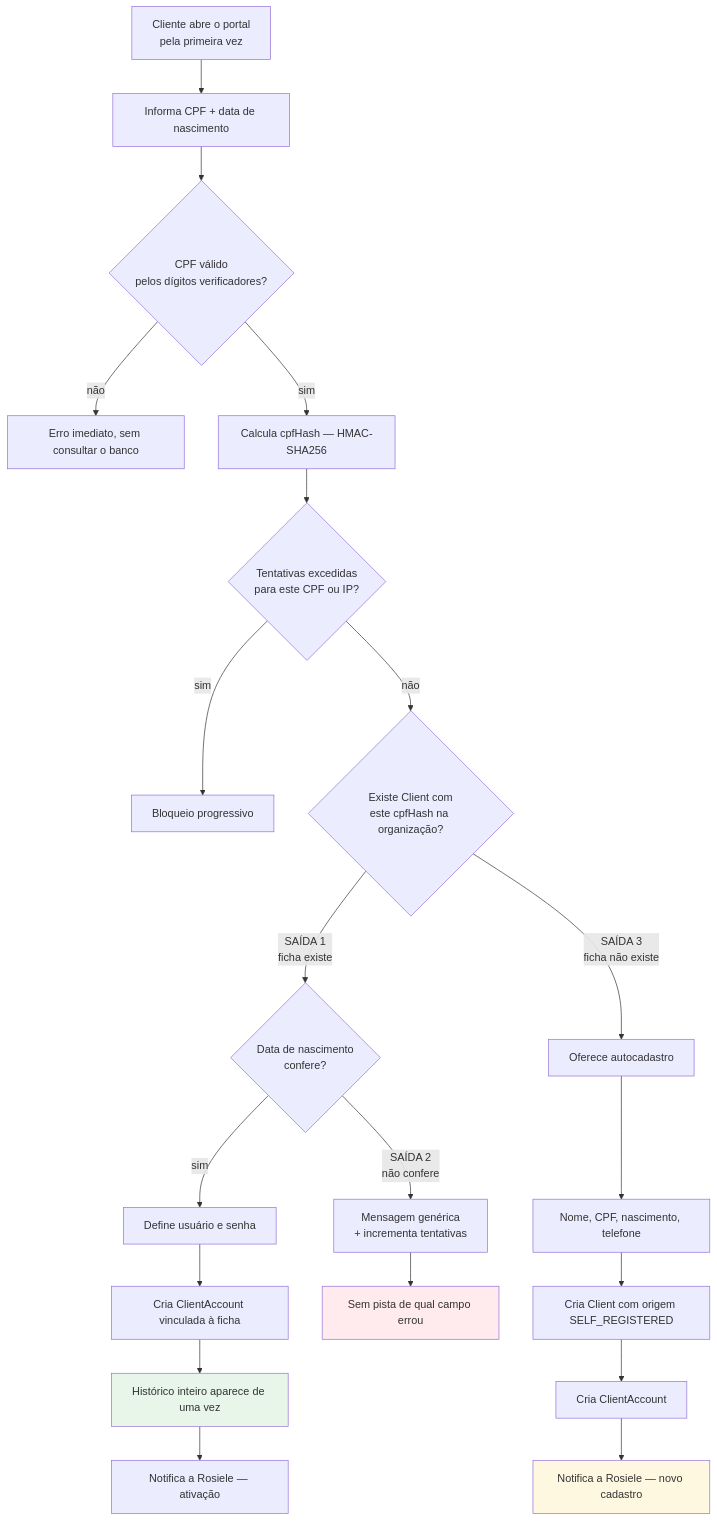
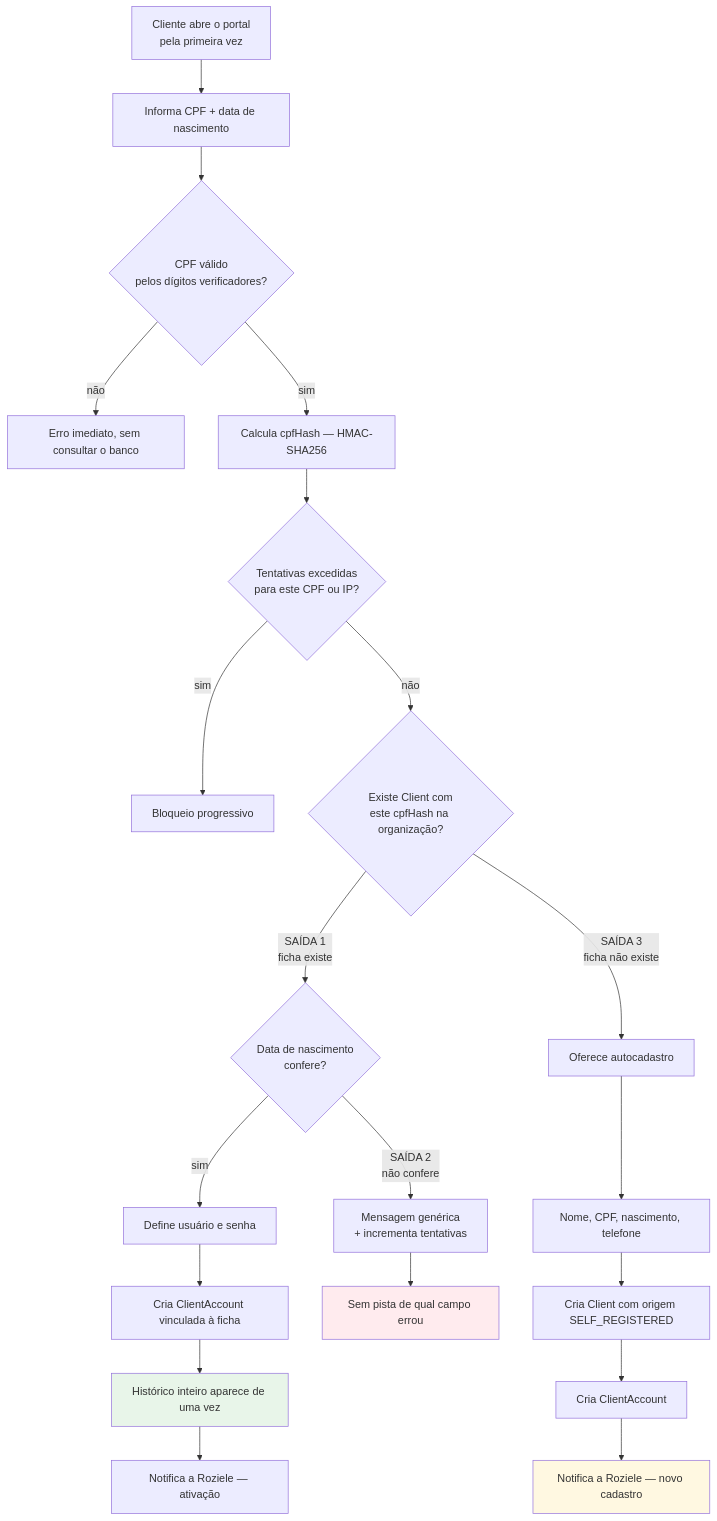
One commit to alanaraujo-bit/RoHair changed the fourth of 11 diagrams in docs/07-FLUXOS.md. Above: the diagram before and after it, drawn with Mermaid. The commit also changed other lines of this file and 52 other files, not shown here.

Commit message:
feat(painel): estoque, dinheiro, cadastro de cliente e novo horário no ar

````diff
--- a/docs/07-FLUXOS.md
+++ b/docs/07-FLUXOS.md
@@ -127,29 +127,29 @@
 ```mermaid
 flowchart TD
     A["Cliente abre o portal<br/>pela primeira vez"] --> B["Informa CPF + data de nascimento"]
     B --> C{"CPF válido<br/>pelos dígitos verificadores?"}
     C -->|não| D["Erro imediato, sem consultar o banco"]
     C -->|sim| E["Calcula cpfHash — HMAC-SHA256"]
     E --> F{"Tentativas excedidas<br/>para este CPF ou IP?"}
     F -->|sim| G["Bloqueio progressivo"]
     F -->|não| H{"Existe Client com<br/>este cpfHash na organização?"}
 
     H -->|"SAÍDA 1<br/>ficha existe"| I{"Data de nascimento<br/>confere?"}
     I -->|sim| J["Define usuário e senha"]
     J --> K["Cria ClientAccount vinculada à ficha"]
     K --> L["Histórico inteiro aparece de uma vez"]
-    L --> M["Notifica a Rosiele — ativação"]
+    L --> M["Notifica a Roziele — ativação"]
 
     I -->|"SAÍDA 2<br/>não confere"| N["Mensagem genérica<br/>+ incrementa tentativas"]
     N --> O["Sem pista de qual campo errou"]
 
     H -->|"SAÍDA 3<br/>ficha não existe"| P["Oferece autocadastro"]
     P --> Q["Nome, CPF, nascimento, telefone"]
     Q --> R["Cria Client com origem SELF_REGISTERED"]
     R --> S["Cria ClientAccount"]
-    S --> T["Notifica a Rosiele — novo cadastro"]
+    S --> T["Notifica a Roziele — novo cadastro"]
 
     style L fill:#e8f5e9
     style O fill:#ffebee
     style T fill:#fff8e1
 ```
````
